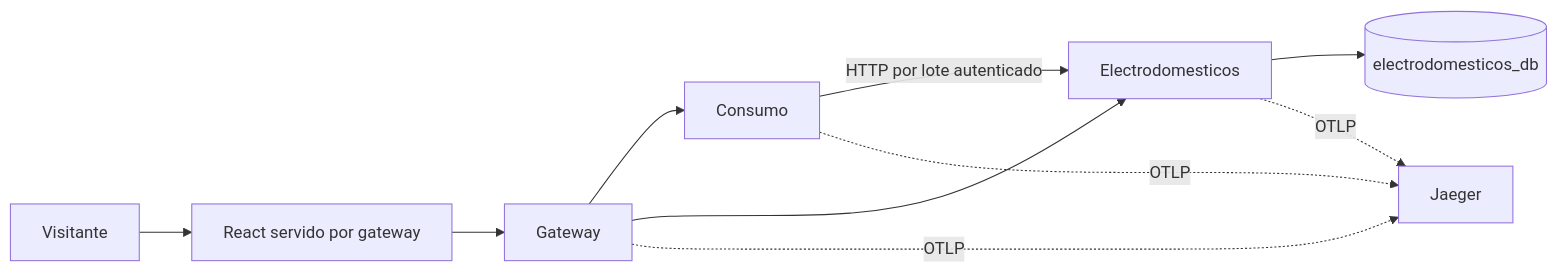
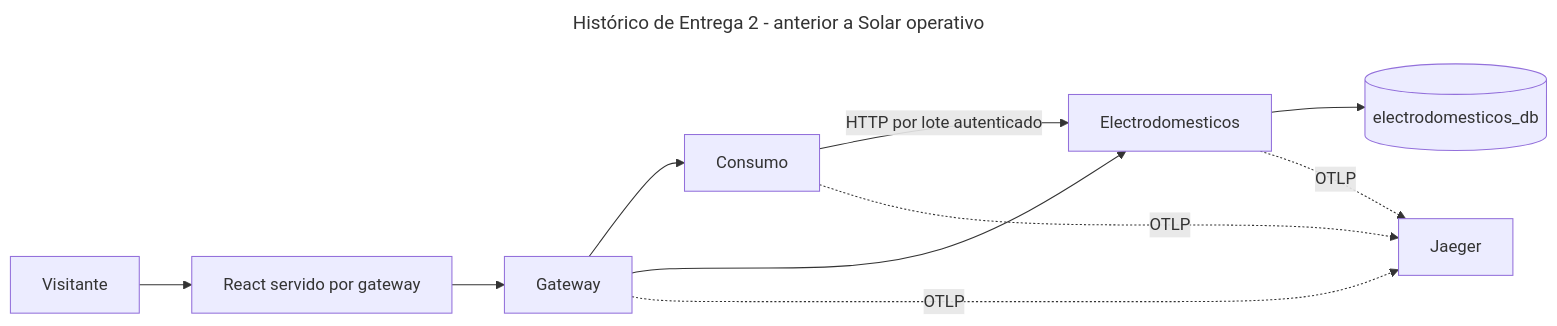
One commit to Franciscosrrr/ArquitecturasoftwareRenewableEnergyTiziFran changed the diagram in docs/diagrams/contenedores-entrega2.mmd. Above: the diagram before and after it, drawn with Mermaid. The commit also changed 320 other files, not shown here.

```diff
--- a/docs/diagrams/contenedores-entrega2.mmd
+++ b/docs/diagrams/contenedores-entrega2.mmd
@@ -1,10 +1,13 @@
+---
+title: Histórico de Entrega 2 - anterior a Solar operativo
+---
 flowchart LR
   Visitante --> React[React servido por gateway]
   React --> Gateway
   Gateway --> Consumo
   Gateway --> Electrodomesticos
   Consumo -->|HTTP por lote autenticado| Electrodomesticos
   Electrodomesticos --> MySQL[(electrodomesticos_db)]
   Gateway -. OTLP .-> Jaeger
   Consumo -. OTLP .-> Jaeger
   Electrodomesticos -. OTLP .-> Jaeger
```
